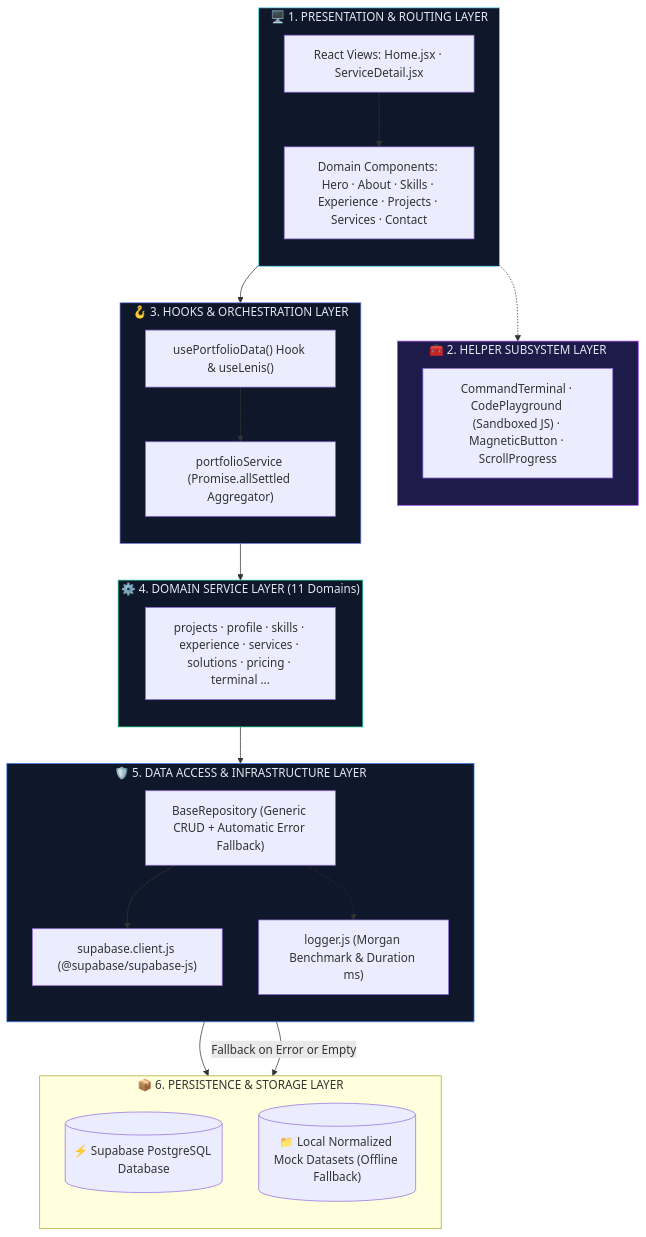
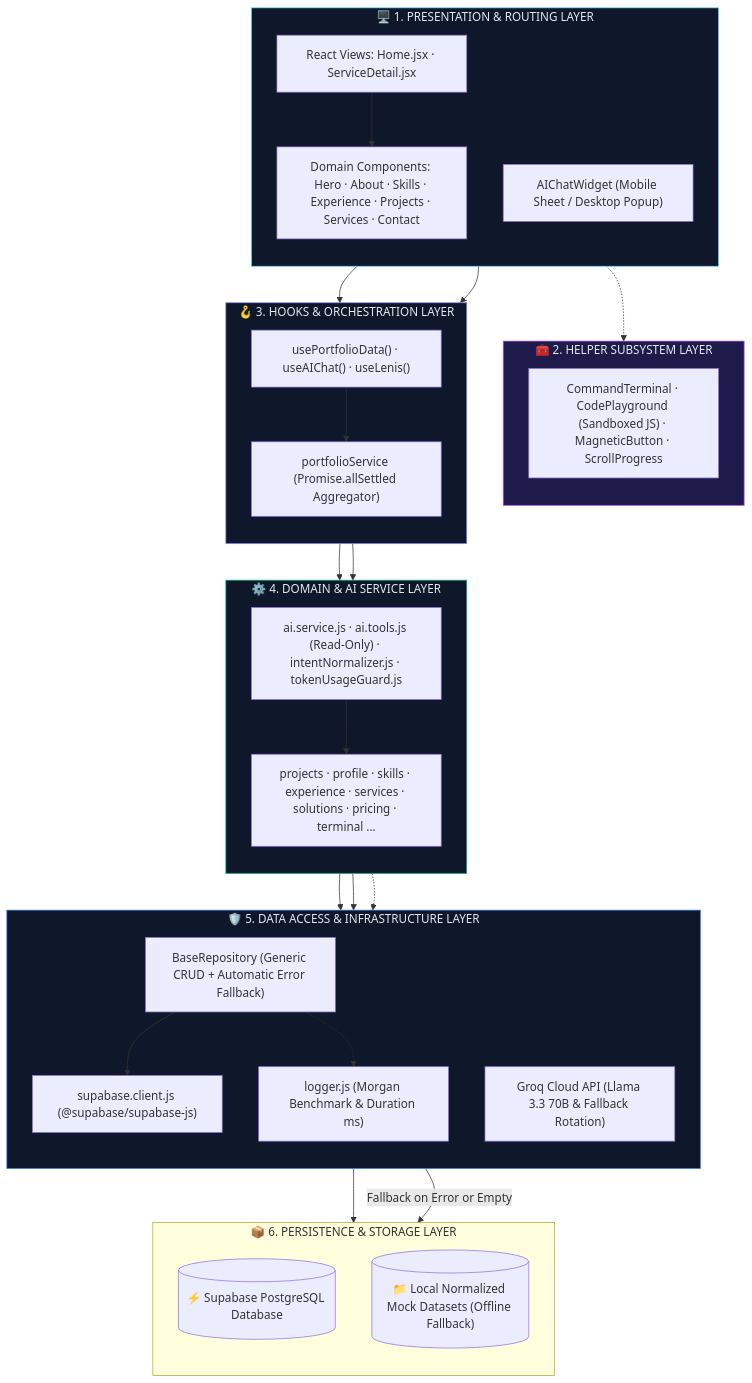
The third of 19 diagrams in README.md (Haiderali445/portfolio-website), drawn with Mermaid before and after one commit. The commit also changed other lines of this file and 9 other files, not shown here.

Commit message:
feat(ai): integrate production-grade Ego Copilot with Groq tool calling, token guardrails, and responsive mobile widget

````diff
--- a/README.md
+++ b/README.md
@@ -116,53 +122,61 @@
 ```mermaid
 flowchart TD
     subgraph L1 ["🖥️ 1. PRESENTATION & ROUTING LAYER"]
         direction TB
         UI["React Views: Home.jsx · ServiceDetail.jsx"]
         COMPS["Domain Components: Hero · About · Skills · Experience · Projects · Services · Contact"]
+        AIC["AIChatWidget (Mobile Sheet / Desktop Popup)"]
     end
 
     subgraph L2 ["🧰 2. HELPER SUBSYSTEM LAYER"]
         direction TB
         HELPERS["CommandTerminal · CodePlayground (Sandboxed JS) · MagneticButton · ScrollProgress"]
     end
 
     subgraph L3 ["🪝 3. HOOKS & ORCHESTRATION LAYER"]
         direction TB
-        HOOK["usePortfolioData() Hook & useLenis()"]
+        HOOK["usePortfolioData() · useAIChat() · useLenis()"]
         PSVC["portfolioService (Promise.allSettled Aggregator)"]
     end
 
-    subgraph L4 ["⚙️ 4. DOMAIN SERVICE LAYER (11 Domains)"]
+    subgraph L4 ["⚙️ 4. DOMAIN & AI SERVICE LAYER"]
         direction TB
+        AISVC["ai.service.js · ai.tools.js (Read-Only) · intentNormalizer.js · tokenUsageGuard.js"]
         DS["projects · profile · skills · experience · services · solutions · pricing · terminal ..."]
     end
 
     subgraph L5 ["🛡️ 5. DATA ACCESS & INFRASTRUCTURE LAYER"]
         direction TB
         REPO["BaseRepository (Generic CRUD + Automatic Error Fallback)"]
         LOG["logger.js (Morgan Benchmark & Duration ms)"]
         CLIENT["supabase.client.js (@supabase/supabase-js)"]
+        GROQ["Groq Cloud API (Llama 3.3 70B & Fallback Rotation)"]
     end
 
     subgraph L6 ["📦 6. PERSISTENCE & STORAGE LAYER"]
         direction TB
         DB[("⚡ Supabase PostgreSQL Database")]
         MOCK[("📁 Local Normalized Mock Datasets (Offline Fallback)")]
     end
 
     UI --> COMPS
+    AIC --> HOOK
     COMPS -.-> HELPERS
     UI --> HOOK
     HOOK --> PSVC
+    HOOK --> AISVC
     PSVC --> DS
+    AISVC --> DS
+    AISVC --> GROQ
     DS --> REPO
     REPO --> CLIENT --> DB
     REPO -->|"Fallback on Error or Empty"| MOCK
     REPO -.-> LOG
+    AISVC -.-> LOG
 
     style L1 fill:#0f172a,stroke:#61DAFB,color:#e2e8f0
     style L2 fill:#1e1b4b,stroke:#a855f7,color:#e2e8f0
     style L3 fill:#0f172a,stroke:#818cf8,color:#e2e8f0
     style L4 fill:#0f172a,stroke:#10B981,color:#e2e8f0
     style L5 fill:#0f172a,stroke:#3b82f6,color:#e2e8f0
 ```
````
